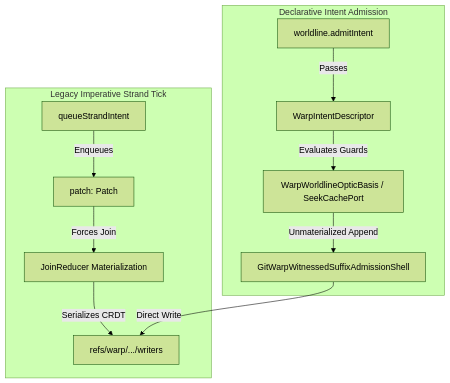
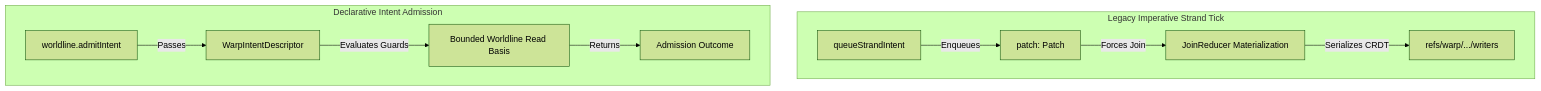
One commit to git-stunts/git-warp changed the diagram in docs/topics/unmaterialized-intents.md. Above: the diagram before and after it, drawn with Mermaid (forest theme). The commit also changed other lines of this file and 138 other files, not shown here.

````diff
--- a/docs/topics/unmaterialized-intents.md
+++ b/docs/topics/unmaterialized-intents.md
@@ -47,15 +49,14 @@
 ```mermaid
 flowchart TD
     subgraph LegacyImperative [Legacy Imperative Strand Tick]
         P1[queueStrandIntent] -->|Enqueues| P2[patch: Patch]
         P2 -->|Forces Join| P3[JoinReducer Materialization]
         P3 -->|Serializes CRDT| P4[refs/warp/.../writers]
     end
 
     subgraph DeclarativeAdmission [Declarative Intent Admission]
         I1[worldline.admitIntent] -->|Passes| I2[WarpIntentDescriptor]
-        I2 -->|Evaluates Guards| I3[WarpWorldlineOpticBasis / SeekCachePort]
-        I3 -->|Unmaterialized Append| I4[GitWarpWitnessedSuffixAdmissionShell]
-        I4 -->|Direct Write| P4
+        I2 -->|Evaluates Guards| I3[Bounded Worldline Read Basis]
+        I3 -->|Returns| I4[Admission Outcome]
     end
 ```
````
